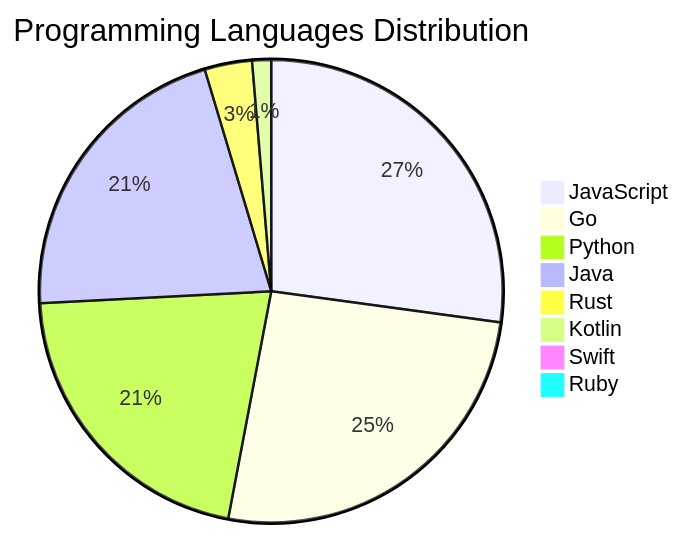
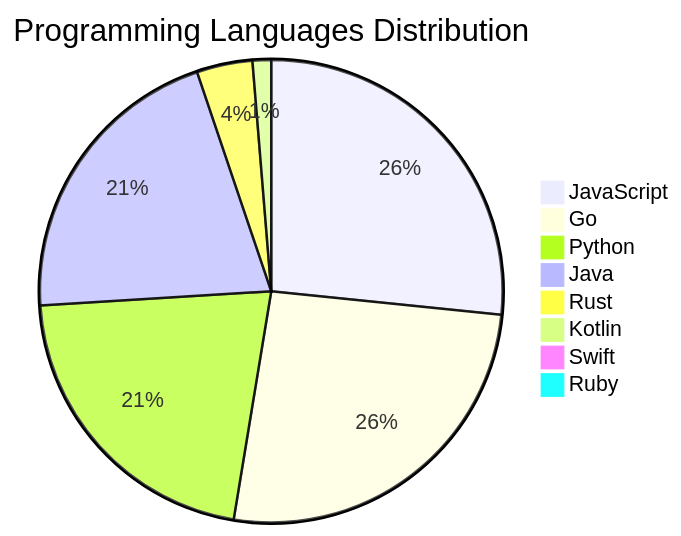
One commit to Derrick-MUGISHA/github-activity-bot changed the diagram in README.md. Above: the diagram before and after it, drawn with Mermaid. The commit also changed other lines of this file and 4 other files, not shown here.

````diff
--- a/README.md
+++ b/README.md
@@ -208,11 +208,11 @@
 ```mermaid
 pie title Programming Languages Distribution
     "JavaScript" : 41
-    "Go" : 39
-    "Python" : 32
+    "Go" : 40
+    "Python" : 33
     "Java" : 32
-    "Rust" : 5
+    "Rust" : 6
     "Kotlin" : 2
     "Swift" : 1
     "Ruby" : 1
 ```
````
